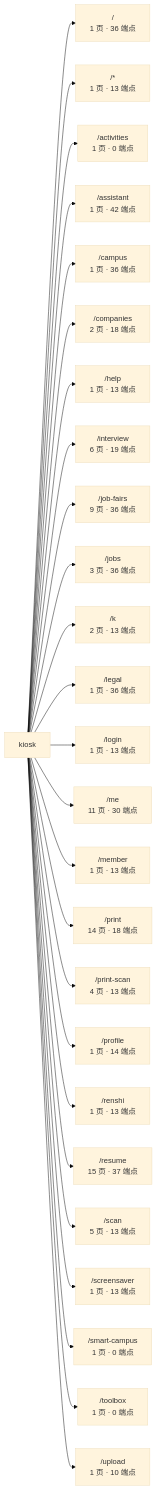
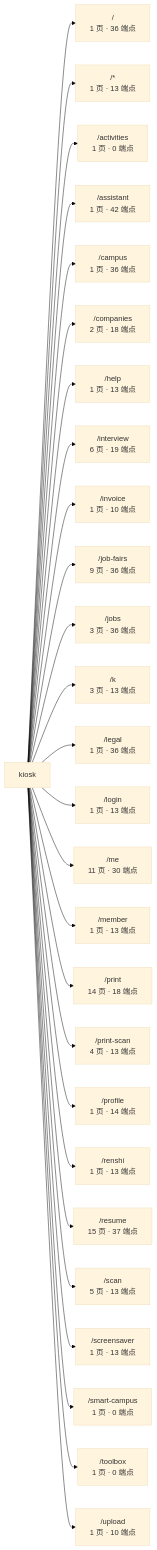
One commit to wanglei581/YITIJI changed the first of 3 diagrams in docs/graph/routes.md. Above: the diagram before and after it, drawn with Mermaid (base theme). The commit also changed other lines of this file and 6 other files, not shown here.

First line of the commit message:
图谱按开票第一包代码重生

````diff
--- a/docs/graph/routes.md
+++ b/docs/graph/routes.md
@@ -17,29 +17,30 @@
 ```mermaid
 flowchart LR
   app["kiosk"]
   app --> _root_["/<br/>1 页 · 36 端点"]
   app --> _["/*<br/>1 页 · 13 端点"]
   app --> activities["/activities<br/>1 页 · 0 端点"]
   app --> assistant["/assistant<br/>1 页 · 42 端点"]
   app --> campus["/campus<br/>1 页 · 36 端点"]
   app --> companies["/companies<br/>2 页 · 18 端点"]
   app --> help["/help<br/>1 页 · 13 端点"]
   app --> interview["/interview<br/>6 页 · 19 端点"]
+  app --> invoice["/invoice<br/>1 页 · 10 端点"]
   app --> job_fairs["/job-fairs<br/>9 页 · 36 端点"]
   app --> jobs["/jobs<br/>3 页 · 36 端点"]
-  app --> k["/k<br/>2 页 · 13 端点"]
+  app --> k["/k<br/>3 页 · 13 端点"]
   app --> legal["/legal<br/>1 页 · 36 端点"]
   app --> login["/login<br/>1 页 · 13 端点"]
   app --> me["/me<br/>11 页 · 30 端点"]
   app --> member["/member<br/>1 页 · 13 端点"]
   app --> print["/print<br/>14 页 · 18 端点"]
   app --> print_scan["/print-scan<br/>4 页 · 13 端点"]
   app --> profile["/profile<br/>1 页 · 14 端点"]
   app --> renshi["/renshi<br/>1 页 · 13 端点"]
   app --> resume["/resume<br/>15 页 · 37 端点"]
   app --> scan["/scan<br/>5 页 · 13 端点"]
   app --> screensaver["/screensaver<br/>1 页 · 13 端点"]
   app --> smart_campus["/smart-campus<br/>1 页 · 0 端点"]
   app --> toolbox["/toolbox<br/>1 页 · 0 端点"]
   app --> upload["/upload<br/>1 页 · 10 端点"]
 ```
````
